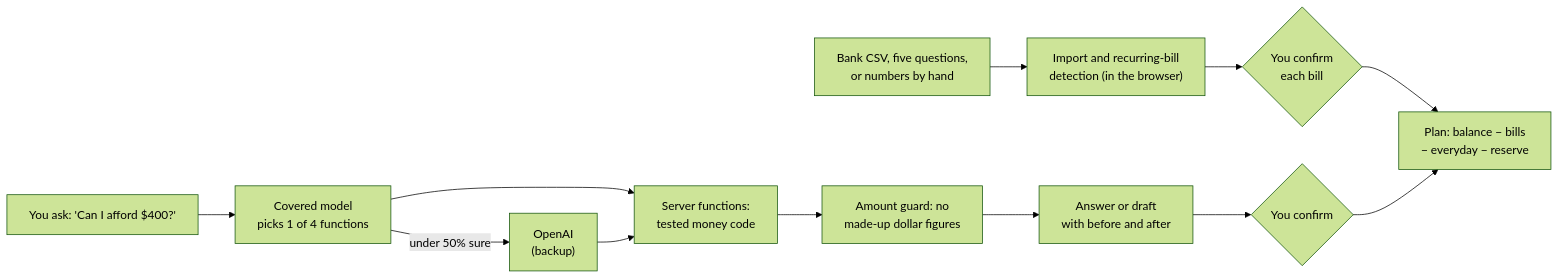
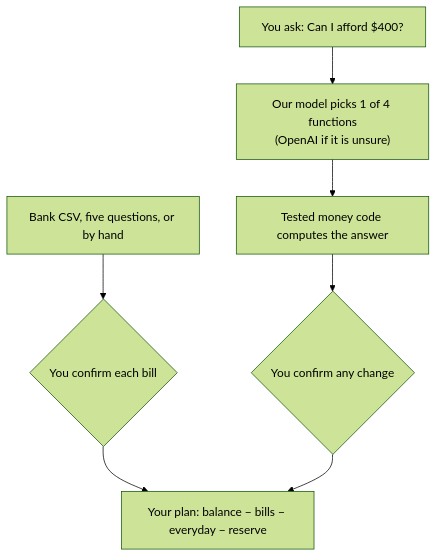
One commit to chinusoid/FractureTeam changed the diagram in README.md. Above: the diagram before and after it, drawn with Mermaid (forest theme). The commit also changed other lines of this file and 3 other files, not shown here.

````diff
--- a/README.md
+++ b/README.md
@@ -45,14 +77,9 @@
 ```mermaid
-flowchart LR
-  CSV["Bank CSV, five questions,<br/>or numbers by hand"] --> Import["Import and recurring-bill<br/>detection (in the browser)"]
-  Import --> Confirm{"You confirm<br/>each bill"}
-  Confirm --> Plan["Plan: balance − bills<br/>− everyday − reserve"]
-  Ask["You ask: 'Can I afford $400?'"] --> Model["Covered model<br/>picks 1 of 4 functions"]
-  Model -- "under 50% sure" --> OpenAI["OpenAI<br/>(backup)"]
-  Model --> Tools["Server functions:<br/>tested money code"]
-  OpenAI --> Tools
-  Tools --> Guard["Amount guard: no<br/>made-up dollar figures"]
-  Guard --> Draft["Answer or draft<br/>with before and after"]
-  Draft --> Confirm2{"You confirm"}
-  Confirm2 --> Plan
+flowchart TD
+  A["Bank CSV, five questions, or by hand"] --> B{"You confirm each bill"}
+  B --> C["Your plan: balance − bills − everyday − reserve"]
+  D["You ask: Can I afford $400?"] --> E["Our model picks 1 of 4 functions<br/>(OpenAI if it is unsure)"]
+  E --> F["Tested money code computes the answer"]
+  F --> G{"You confirm any change"}
+  G --> C
 ```
````
